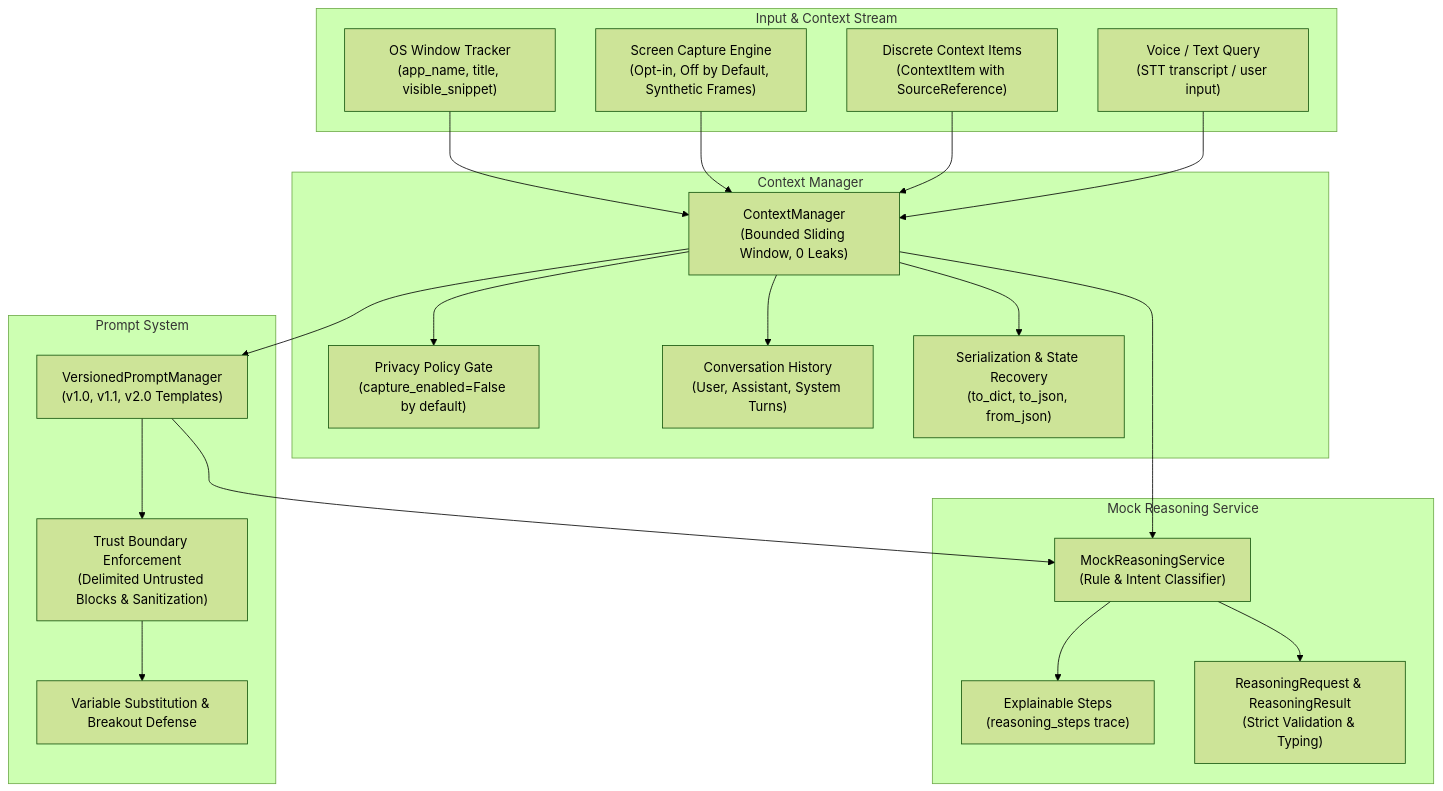
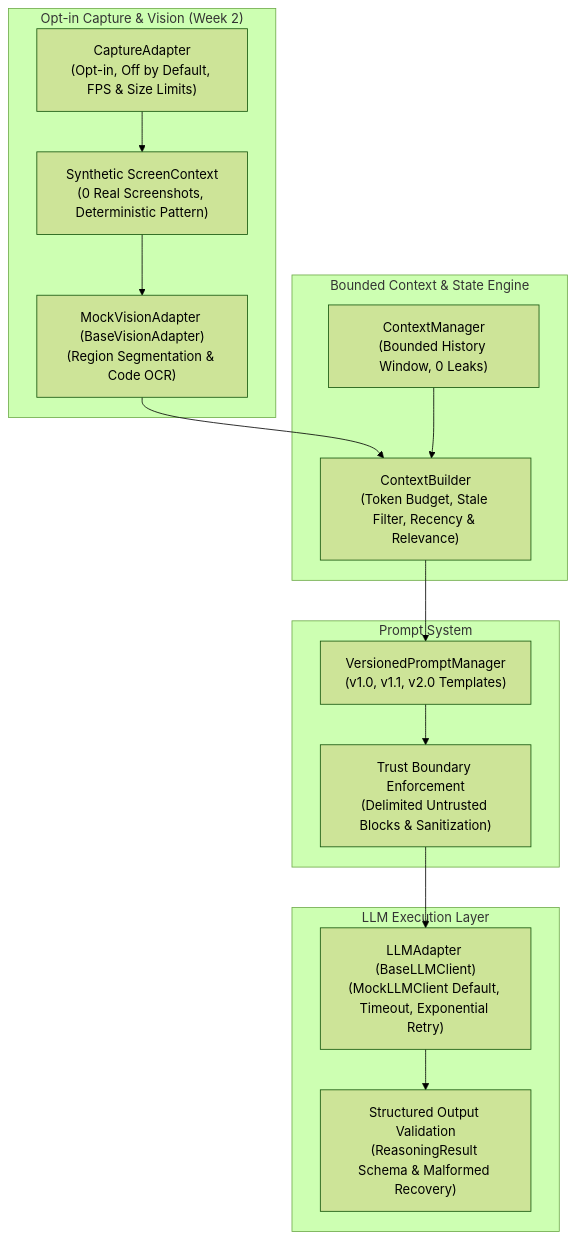
Before and after one commit to Tony-chopper1/SDE-9: the diagram in packages/context_reasoning/README.md, drawn with Mermaid (forest theme). The commit also changed other lines of this file and 10 other files, not shown here.

Commit message:
feat(context): implement Week 2 capture adapter, vision interface, bounded context builder, and LLM adapter

````diff
--- a/packages/context_reasoning/README.md
+++ b/packages/context_reasoning/README.md
@@ -9,43 +9,31 @@
 ```mermaid
 flowchart TD
-    subgraph InputContext["Input & Context Stream"]
-        Win["OS Window Tracker\n(app_name, title, visible_snippet)"]
-        Screen["Screen Capture Engine\n(Opt-in, Off by Default, Synthetic Frames)"]
-        Query["Voice / Text Query\n(STT transcript / user input)"]
-        Items["Discrete Context Items\n(ContextItem with SourceReference)"]
+    subgraph CapturePipeline["Opt-in Capture & Vision (Week 2)"]
+        Cap["CaptureAdapter\n(Opt-in, Off by Default, FPS & Size Limits)"]
+        Frame["Synthetic ScreenContext\n(0 Real Screenshots, Deterministic Pattern)"]
+        OCR["MockVisionAdapter (BaseVisionAdapter)\n(Region Segmentation & Code OCR)"]
+        Cap --> Frame
+        Frame --> OCR
     end
 
-    subgraph ContextEngine["Context Manager"]
-        CM["ContextManager\n(Bounded Sliding Window, 0 Leaks)"]
-        Privacy["Privacy Policy Gate\n(capture_enabled=False by default)"]
-        History["Conversation History\n(User, Assistant, System Turns)"]
-        Serial["Serialization & State Recovery\n(to_dict, to_json, from_json)"]
-        CM --> Privacy
-        CM --> History
-        CM --> Serial
+    subgraph ContextEngine["Bounded Context & State Engine"]
+        CM["ContextManager\n(Bounded History Window, 0 Leaks)"]
+        CB["ContextBuilder\n(Token Budget, Stale Filter, Recency & Relevance)"]
+        OCR --> CB
+        CM --> CB
     end
 
     subgraph PromptEngine["Prompt System"]
         PM["VersionedPromptManager\n(v1.0, v1.1, v2.0 Templates)"]
         Trust["Trust Boundary Enforcement\n(Delimited Untrusted Blocks & Sanitization)"]
-        Inject["Variable Substitution & Breakout Defense"]
+        CB --> PM
         PM --> Trust
-        Trust --> Inject
     end
 
-    subgraph DecisionEngine["Mock Reasoning Service"]
-        Reasoner["MockReasoningService\n(Rule & Intent Classifier)"]
-        Explain["Explainable Steps\n(reasoning_steps trace)"]
-        Req["ReasoningRequest & ReasoningResult\n(Strict Validation & Typing)"]
-        Reasoner --> Explain
-        Reasoner --> Req
+    subgraph LLMAdapters["LLM Execution Layer"]
+        LLM["LLMAdapter (BaseLLMClient)\n(MockLLMClient Default, Timeout, Exponential Retry)"]
+        Val["Structured Output Validation\n(ReasoningResult Schema & Malformed Recovery)"]
+        Trust --> LLM
+        LLM --> Val
     end
-
-    Win --> CM
-    Screen --> CM
-    Items --> CM
-    Query --> CM
-    CM --> PM
-    CM --> Reasoner
-    PM --> Reasoner
 ```
````
